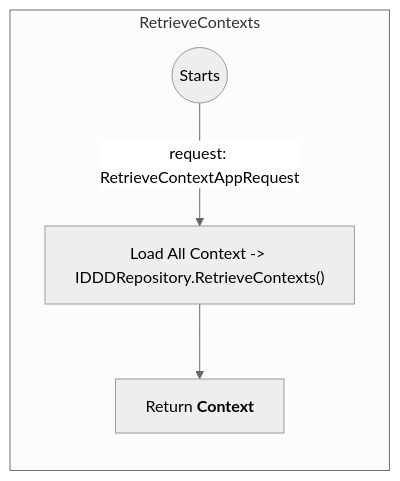
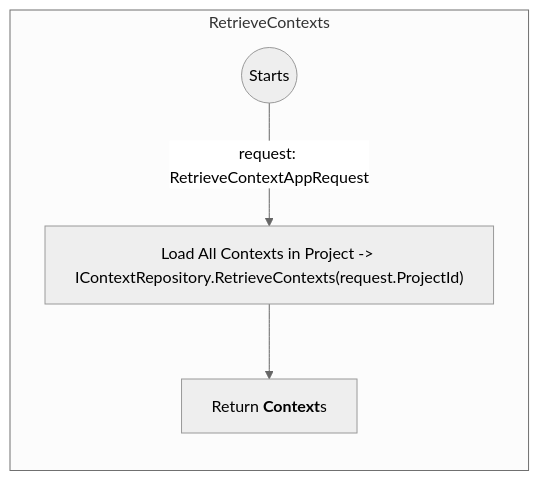
Before and after one commit to sdlfly2000/DomainBasedDesigner: the first of 3 diagrams in AI/Actions/ContextAppService.md, drawn with Mermaid (neutral theme). The commit also changed other lines of this file and 5 other files, not shown here.

Commit message:
adapt ContextAppService

````diff
--- a/AI/Actions/ContextAppService.md
+++ b/AI/Actions/ContextAppService.md
@@ -30,9 +30,9 @@
     ```mermaid
         graph TB
             subgraph main [RetrieveContexts]
                 direction TB
                 start(("Start"s)) -->
-                |request: RetrieveContextAppRequest| loadAllContext["Load All Context -> IDDDRepository.RetrieveContexts()"] -->
-                return["`Return **Context**`"]
+                |request: RetrieveContextAppRequest| loadAllContext["Load All Contexts in Project -> IContextRepository.RetrieveContexts(request.ProjectId)"] -->
+                return["`Return **Context**s`"]
             end
     ```
````
